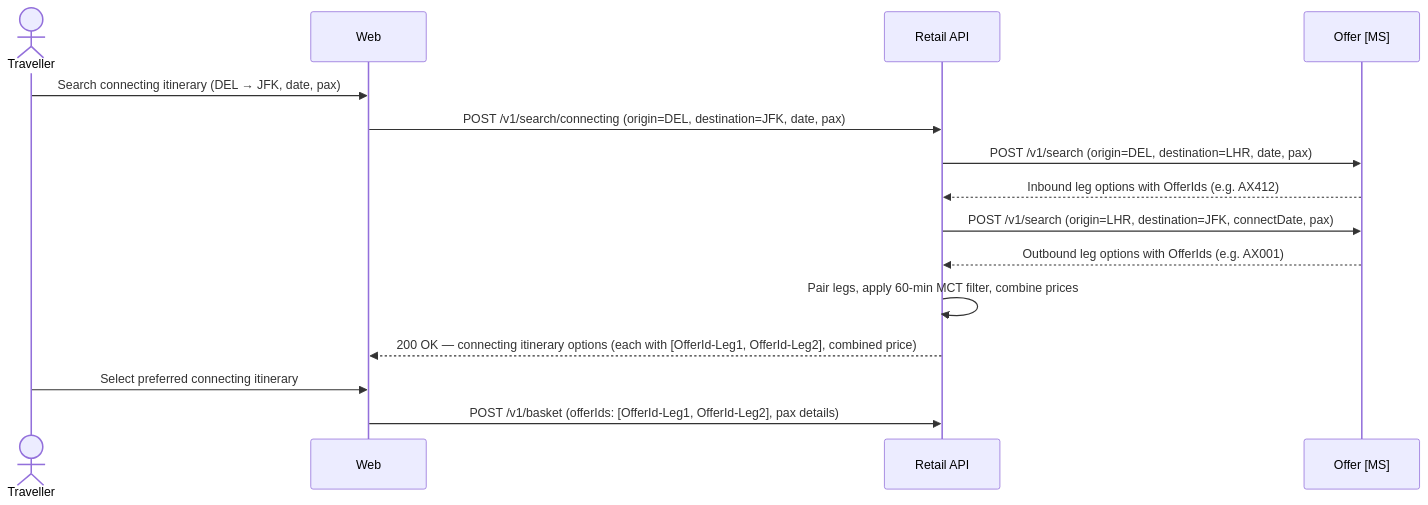
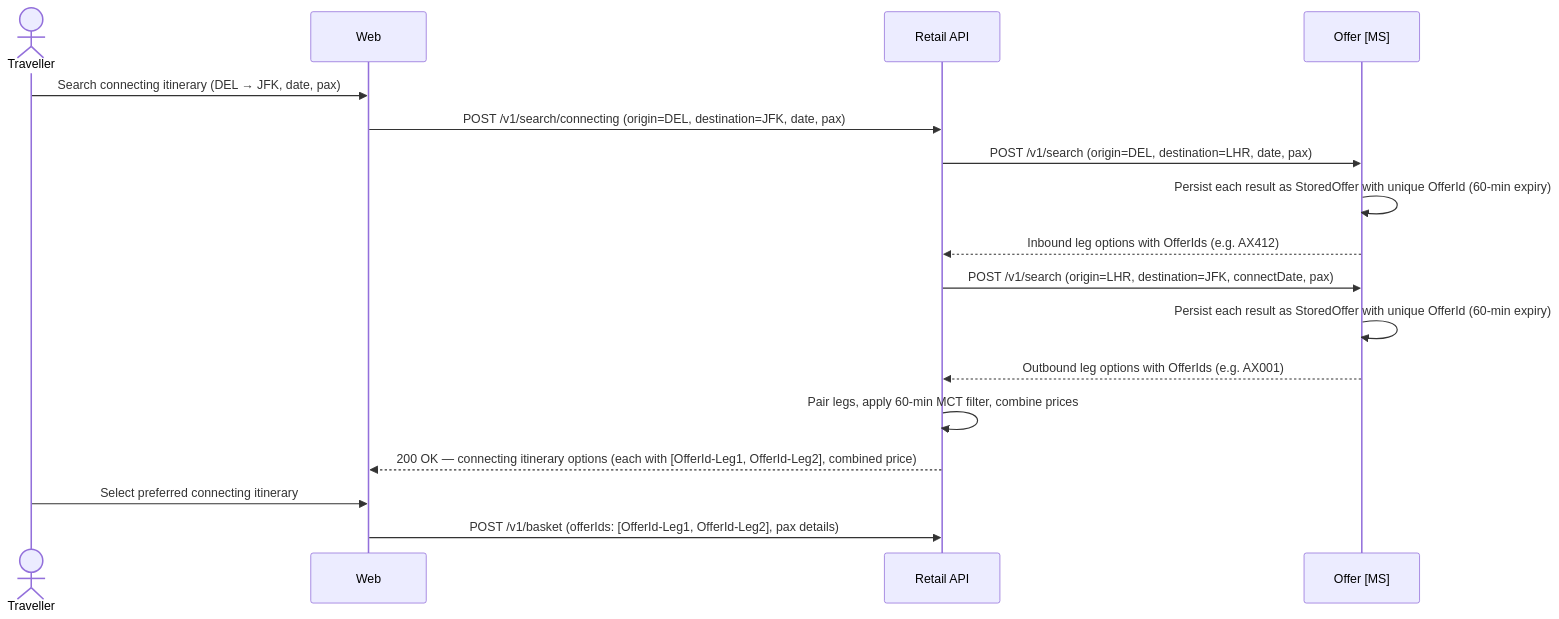
Before and after one commit to sebharvey/airline-reservation-system: the fourth of 27 diagrams in documentation/design.md, drawn with Mermaid. The commit also changed other lines of this file and 2 other files, not shown here.

````diff
--- a/documentation/design.md
+++ b/documentation/design.md
@@ -592,19 +593,21 @@
 ```mermaid
 sequenceDiagram
     actor Traveller
     participant Web
     participant RetailAPI as Retail API
     participant OfferMS as Offer [MS]
 
     Traveller->>Web: Search connecting itinerary (DEL → JFK, date, pax)
 
     Web->>RetailAPI: POST /v1/search/connecting (origin=DEL, destination=JFK, date, pax)
     RetailAPI->>OfferMS: POST /v1/search (origin=DEL, destination=LHR, date, pax)
+    OfferMS->>OfferMS: Persist each result as StoredOffer with unique OfferId (60-min expiry)
     OfferMS-->>RetailAPI: Inbound leg options with OfferIds (e.g. AX412)
     RetailAPI->>OfferMS: POST /v1/search (origin=LHR, destination=JFK, connectDate, pax)
+    OfferMS->>OfferMS: Persist each result as StoredOffer with unique OfferId (60-min expiry)
     OfferMS-->>RetailAPI: Outbound leg options with OfferIds (e.g. AX001)
     RetailAPI->>RetailAPI: Pair legs, apply 60-min MCT filter, combine prices
     RetailAPI-->>Web: 200 OK — connecting itinerary options (each with [OfferId-Leg1, OfferId-Leg2], combined price)
     Traveller->>Web: Select preferred connecting itinerary
     Web->>RetailAPI: POST /v1/basket (offerIds: [OfferId-Leg1, OfferId-Leg2], pax details)
 ```
````
